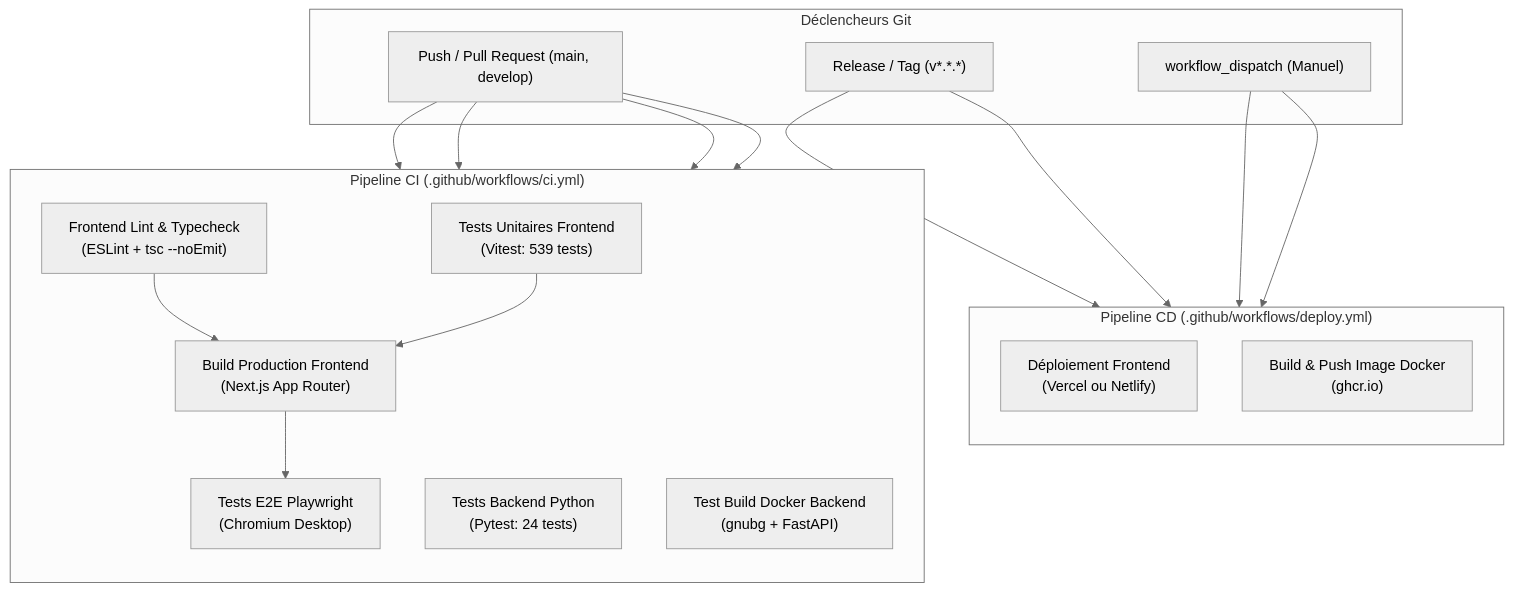
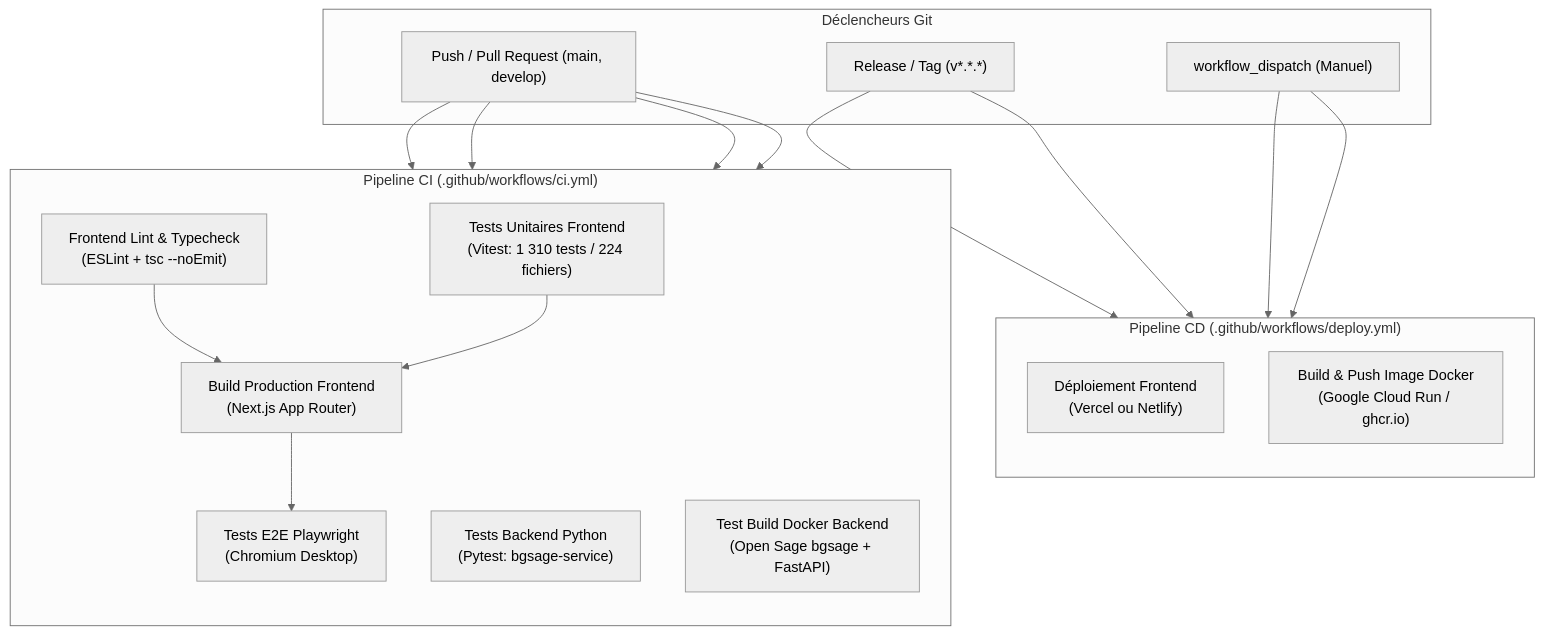
Before and after one commit to 8888vtc-ui/BACK: the diagram in docs/DEVOPS_CICD.md, drawn with Mermaid (neutral theme). The commit also changed other lines of this file and 169 other files, not shown here.

````diff
--- a/docs/DEVOPS_CICD.md
+++ b/docs/DEVOPS_CICD.md
@@ -9,28 +9,28 @@
 ```mermaid
 flowchart TD
     subgraph Trigger["Déclencheurs Git"]
         PushPR["Push / Pull Request (main, develop)"]
         ReleaseTag["Release / Tag (v*.*.*)"]
         Manual["workflow_dispatch (Manuel)"]
     end
 
     subgraph CI["Pipeline CI (.github/workflows/ci.yml)"]
         direction TB
         LINT["Frontend Lint & Typecheck\n(ESLint + tsc --noEmit)"]
-        TEST_FE["Tests Unitaires Frontend\n(Vitest: 539 tests)"]
-        TEST_BE["Tests Backend Python\n(Pytest: 24 tests)"]
-        DOCKER_VAL["Test Build Docker Backend\n(gnubg + FastAPI)"]
+        TEST_FE["Tests Unitaires Frontend\n(Vitest: 1 310 tests / 224 fichiers)"]
+        TEST_BE["Tests Backend Python\n(Pytest: bgsage-service)"]
+        DOCKER_VAL["Test Build Docker Backend\n(Open Sage bgsage + FastAPI)"]
         BUILD_FE["Build Production Frontend\n(Next.js App Router)"]
         E2E["Tests E2E Playwright\n(Chromium Desktop)"]
 
         PushPR --> LINT & TEST_FE & TEST_BE & DOCKER_VAL
         LINT & TEST_FE --> BUILD_FE
         BUILD_FE --> E2E
     end
 
     subgraph CD["Pipeline CD (.github/workflows/deploy.yml)"]
         direction TB
         ReleaseTag & Manual --> CD_FE["Déploiement Frontend\n(Vercel ou Netlify)"]
-        ReleaseTag & Manual --> CD_BE["Build & Push Image Docker\n(ghcr.io)"]
+        ReleaseTag & Manual --> CD_BE["Build & Push Image Docker\n(Google Cloud Run / ghcr.io)"]
     end
 ```
````
